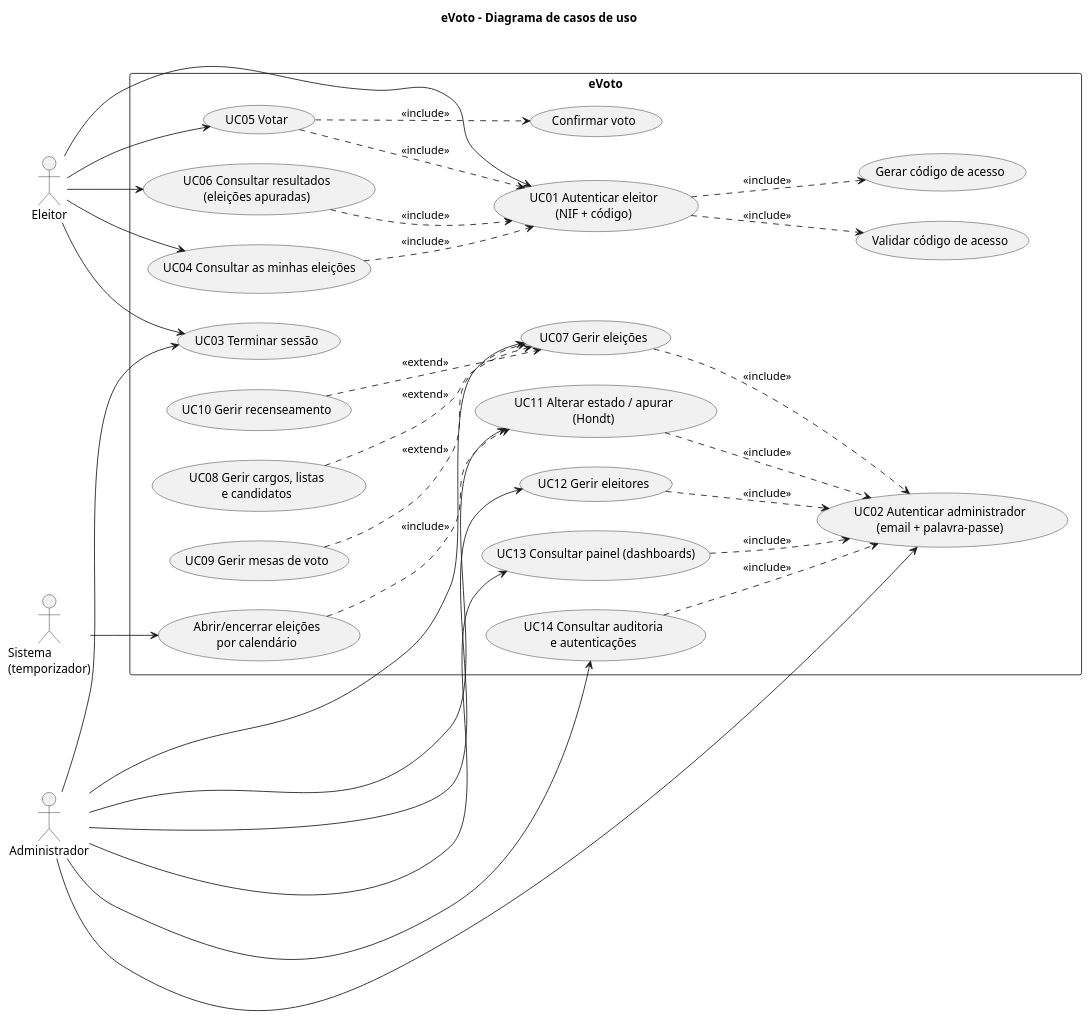
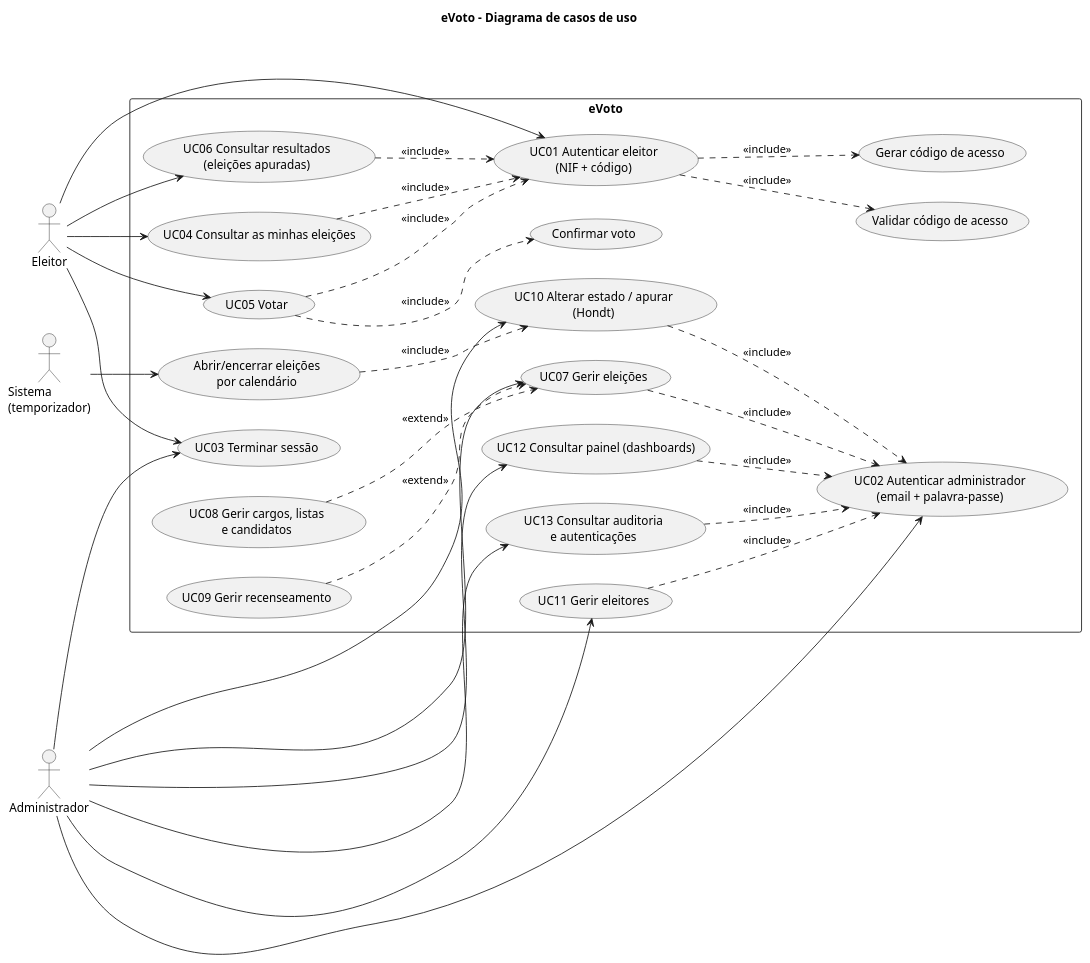
One commit to Prreira/BDD_Project changed the diagram in docs/uml/01_casos_de_uso.puml. Above: the diagram before and after it, drawn with PlantUML. The commit also changed 25 other files, not shown here.

First line of the commit message:
Remove as mesas de voto: o projeto e exclusivamente online

```diff
--- a/docs/uml/01_casos_de_uso.puml
+++ b/docs/uml/01_casos_de_uso.puml
@@ -1,64 +1,62 @@
 @startuml
 title eVoto - Diagrama de casos de uso
 left to right direction
 skinparam packageStyle rectangle
 
 actor Eleitor
 actor Administrador
 actor "Sistema\n(temporizador)" as Sistema
 
 rectangle eVoto {
   usecase "UC01 Autenticar eleitor\n(NIF + código)" as UC01
   usecase "Gerar código de acesso" as UC01a
   usecase "Validar código de acesso" as UC01b
   usecase "UC02 Autenticar administrador\n(email + palavra-passe)" as UC02
   usecase "UC03 Terminar sessão" as UC03
 
   usecase "UC04 Consultar as minhas eleições" as UC04
   usecase "UC05 Votar" as UC05
   usecase "Confirmar voto" as UC05a
   usecase "UC06 Consultar resultados\n(eleições apuradas)" as UC06
 
   usecase "UC07 Gerir eleições" as UC07
   usecase "UC08 Gerir cargos, listas\ne candidatos" as UC08
-  usecase "UC09 Gerir mesas de voto" as UC09
-  usecase "UC10 Gerir recenseamento" as UC10
-  usecase "UC11 Alterar estado / apurar\n(Hondt)" as UC11
-  usecase "UC12 Gerir eleitores" as UC12
-  usecase "UC13 Consultar painel (dashboards)" as UC13
-  usecase "UC14 Consultar auditoria\ne autenticações" as UC14
-  usecase "Abrir/encerrar eleições\npor calendário" as UC15
+  usecase "UC09 Gerir recenseamento" as UC09
+  usecase "UC10 Alterar estado / apurar\n(Hondt)" as UC10
+  usecase "UC11 Gerir eleitores" as UC11
+  usecase "UC12 Consultar painel (dashboards)" as UC12
+  usecase "UC13 Consultar auditoria\ne autenticações" as UC13
+  usecase "Abrir/encerrar eleições\npor calendário" as UC14
 }
 
 Eleitor --> UC01
 Eleitor --> UC04
 Eleitor --> UC05
 Eleitor --> UC06
 Eleitor --> UC03
 
 Administrador --> UC02
 Administrador --> UC07
+Administrador --> UC10
 Administrador --> UC11
 Administrador --> UC12
 Administrador --> UC13
-Administrador --> UC14
 Administrador --> UC03
 
-Sistema --> UC15
+Sistema --> UC14
 
 UC01 ..> UC01a : <<include>>
 UC01 ..> UC01b : <<include>>
 UC04 ..> UC01 : <<include>>
 UC05 ..> UC01 : <<include>>
 UC06 ..> UC01 : <<include>>
 UC05 ..> UC05a : <<include>>
 UC07 ..> UC02 : <<include>>
+UC10 ..> UC02 : <<include>>
 UC11 ..> UC02 : <<include>>
 UC12 ..> UC02 : <<include>>
 UC13 ..> UC02 : <<include>>
-UC14 ..> UC02 : <<include>>
 UC08 ..> UC07 : <<extend>>
 UC09 ..> UC07 : <<extend>>
-UC10 ..> UC07 : <<extend>>
-UC15 ..> UC11 : <<include>>
+UC14 ..> UC10 : <<include>>
 @enduml
```
